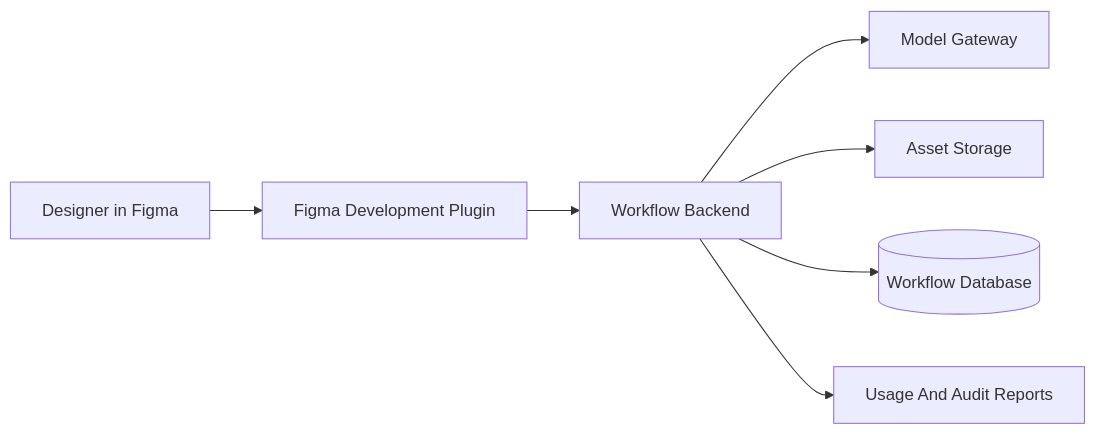
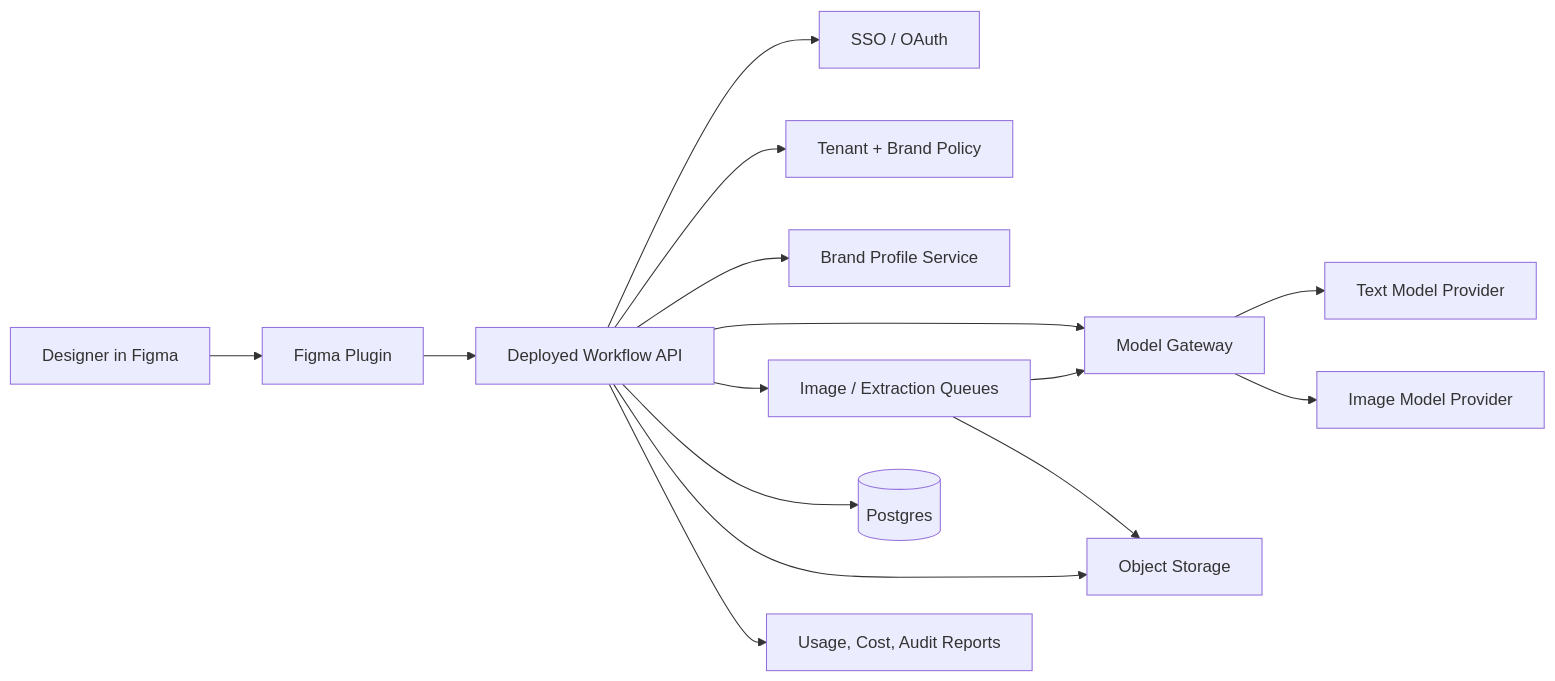
Before and after one commit to KallasLima/creative-ai-workflow-lab: the first of 4 diagrams in docs/diagrams.md, drawn with Mermaid. The commit also changed other lines of this file and 5 other files, not shown here.

````diff
--- a/docs/diagrams.md
+++ b/docs/diagrams.md
@@ -5,9 +7,17 @@
 ```mermaid
 flowchart LR
-  Designer[Designer in Figma] --> Plugin[Figma Development Plugin]
-  Plugin --> Backend[Workflow Backend]
-  Backend --> ModelGateway[Model Gateway]
-  Backend --> Storage[Asset Storage]
-  Backend --> Database[(Workflow Database)]
-  Backend --> Reports[Usage And Audit Reports]
+  Designer["Designer in Figma"] --> Plugin["Figma Plugin"]
+  Plugin --> API["Deployed Workflow API"]
+  API --> Auth["SSO / OAuth"]
+  API --> Policy["Tenant + Brand Policy"]
+  API --> Profile["Brand Profile Service"]
+  API --> Gateway["Model Gateway"]
+  API --> Queue["Image / Extraction Queues"]
+  API --> DB[("Postgres")]
+  API --> Storage["Object Storage"]
+  API --> Reports["Usage, Cost, Audit Reports"]
+  Gateway --> TextProvider["Text Model Provider"]
+  Gateway --> ImageProvider["Image Model Provider"]
+  Queue --> Gateway
+  Queue --> Storage
 ```
````
